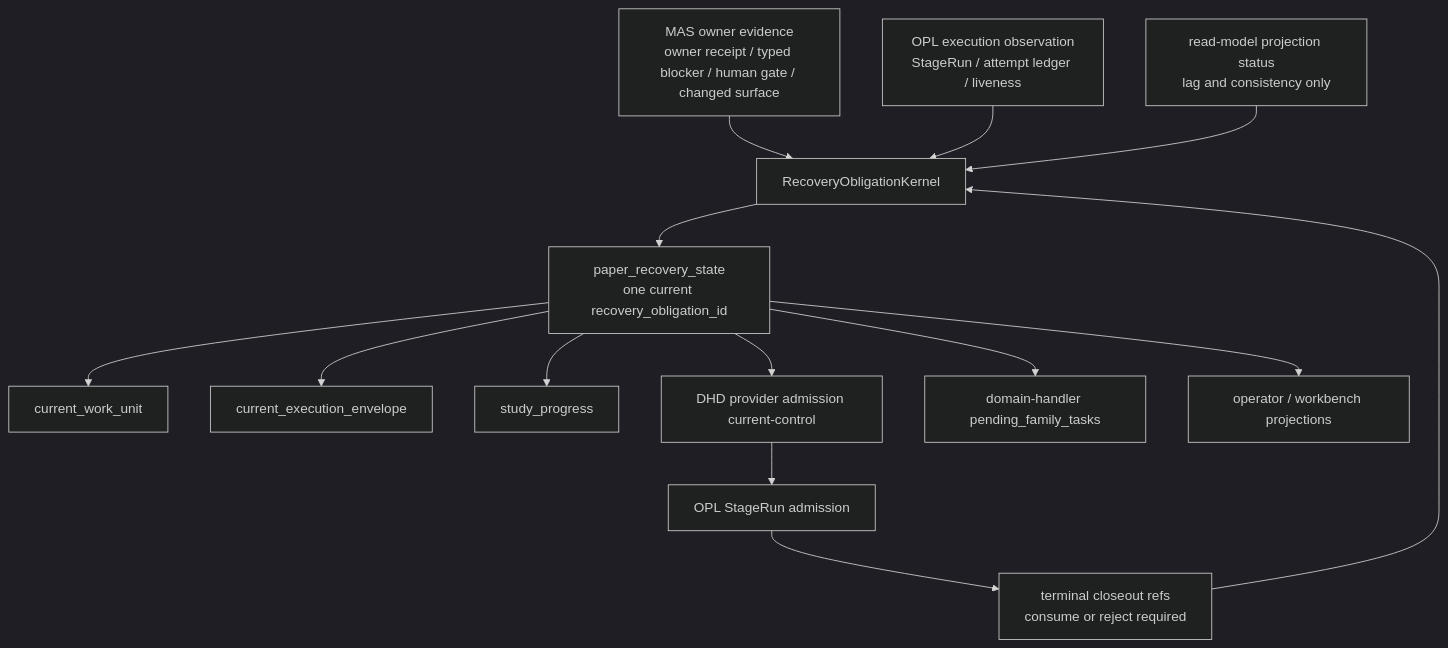
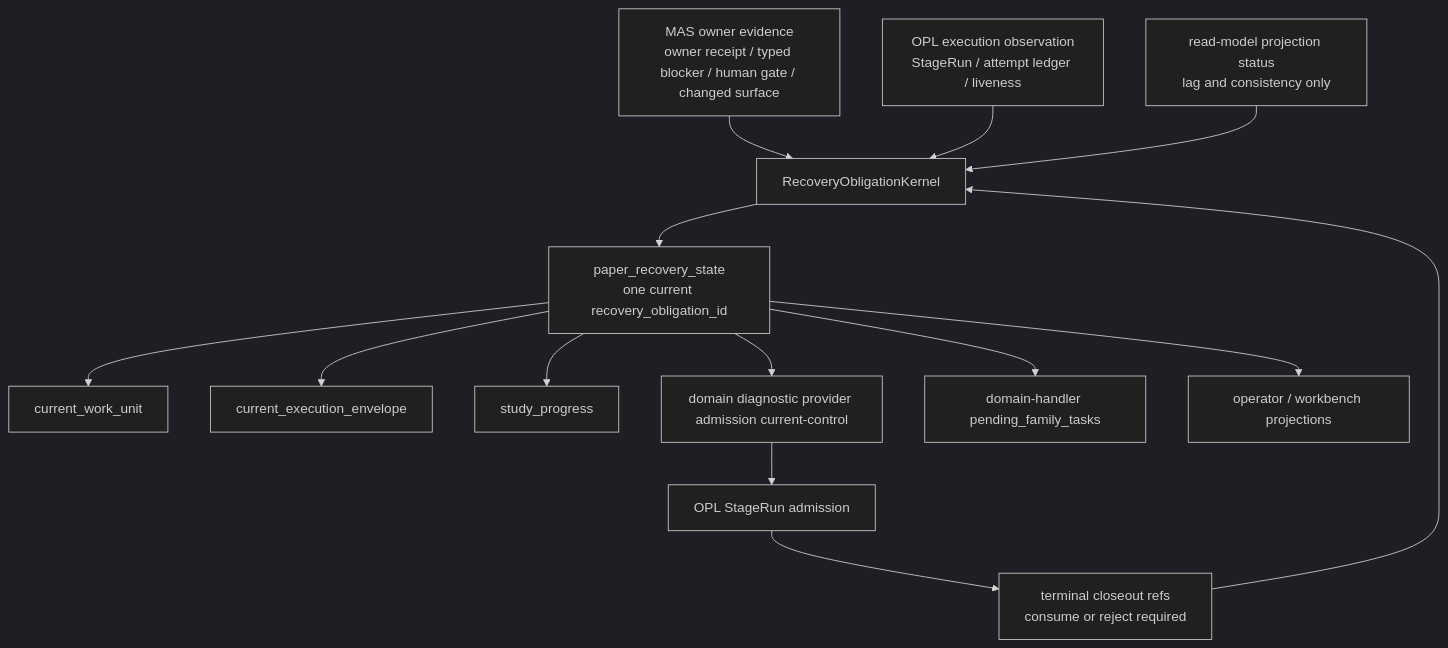
Before and after one commit to gaofeng21cn/med-autoscience: the diagram in docs/runtime/designs/paper_recovery_obligation_target_architecture.md, drawn with Mermaid (dark theme). The commit also changed other lines of this file and 529 other files, not shown here.

````diff
--- a/docs/runtime/designs/paper_recovery_obligation_target_architecture.md
+++ b/docs/runtime/designs/paper_recovery_obligation_target_architecture.md
@@ -18,16 +18,16 @@
 ```mermaid
 flowchart TD
   A["MAS owner evidence<br/>owner receipt / typed blocker / human gate / changed surface"] --> K["RecoveryObligationKernel"]
   B["OPL execution observation<br/>StageRun / attempt ledger / liveness"] --> K
   C["terminal closeout refs<br/>consume or reject required"] --> K
   D["read-model projection status<br/>lag and consistency only"] --> K
   K --> S["paper_recovery_state<br/>one current recovery_obligation_id"]
   S --> W["current_work_unit"]
   S --> E["current_execution_envelope"]
   S --> P["study_progress"]
-  S --> H["DHD provider admission current-control"]
+  S --> H["domain diagnostic provider admission current-control"]
   S --> X["domain-handler pending_family_tasks"]
   S --> O["operator / workbench projections"]
   H --> R["OPL StageRun admission"]
   R --> C
 ```
````
